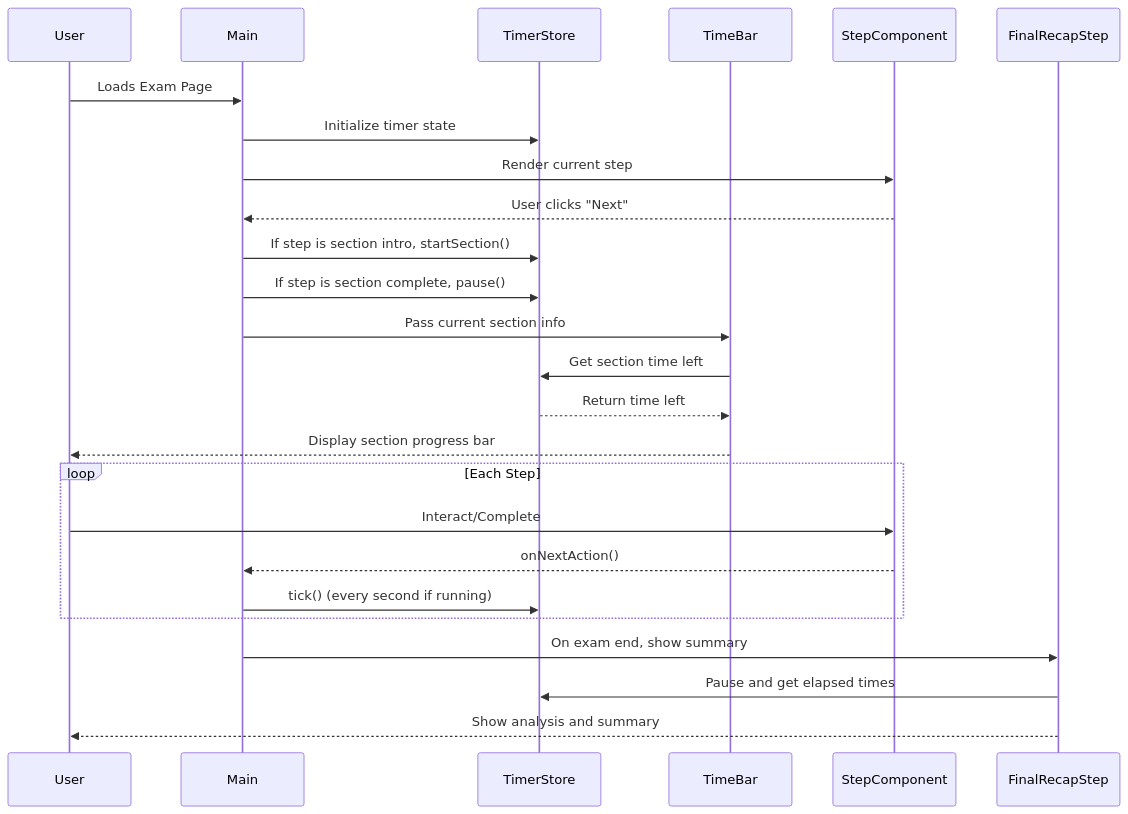
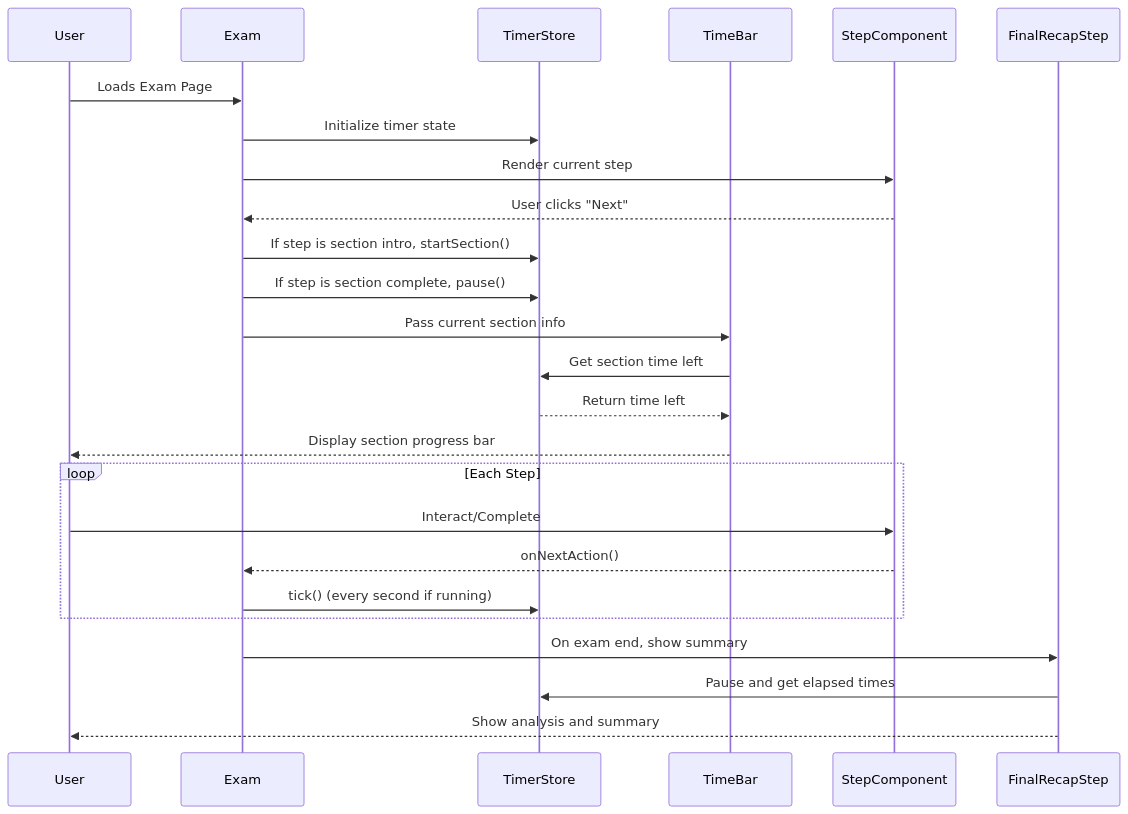
Before and after one commit to AlbertoBarrago/exam-stepper: the diagram in README.md, drawn with Mermaid. The commit also changed 4 other files, not shown here.

First line of the commit message:
♻️ **refactor(ui, docs): Rename `Main` to `Exam` and update references**

````diff
--- a/README.md
+++ b/README.md
@@ -81,27 +81,27 @@
 ```mermaid
 sequenceDiagram
     participant User
-    participant Main
+    participant Exam
     participant TimerStore
     participant TimeBar
     participant StepComponent
 
-    User->>Main: Loads Exam Page
-    Main->>TimerStore: Initialize timer state
-    Main->>StepComponent: Render current step
-    StepComponent-->>Main: User clicks "Next"
-    Main->>TimerStore: If step is section intro, startSection()
-    Main->>TimerStore: If step is section complete, pause()
-    Main->>TimeBar: Pass current section info
+    User->>Exam: Loads Exam Page
+    Exam->>TimerStore: Initialize timer state
+    Exam->>StepComponent: Render current step
+    StepComponent-->>Exam: User clicks "Next"
+    Exam->>TimerStore: If step is section intro, startSection()
+    Exam->>TimerStore: If step is section complete, pause()
+    Exam->>TimeBar: Pass current section info
     TimeBar->>TimerStore: Get section time left
     TimerStore-->>TimeBar: Return time left
     TimeBar-->>User: Display section progress bar
     loop Each Step
       User->>StepComponent: Interact/Complete
-      StepComponent-->>Main: onNextAction()
-      Main->>TimerStore: tick() (every second if running)
+      StepComponent-->>Exam: onNextAction()
+      Exam->>TimerStore: tick() (every second if running)
     end
-    Main->>FinalRecapStep: On exam end, show summary
+    Exam->>FinalRecapStep: On exam end, show summary
     FinalRecapStep->>TimerStore: Pause and get elapsed times
     FinalRecapStep-->>User: Show analysis and summary
 ```
````
